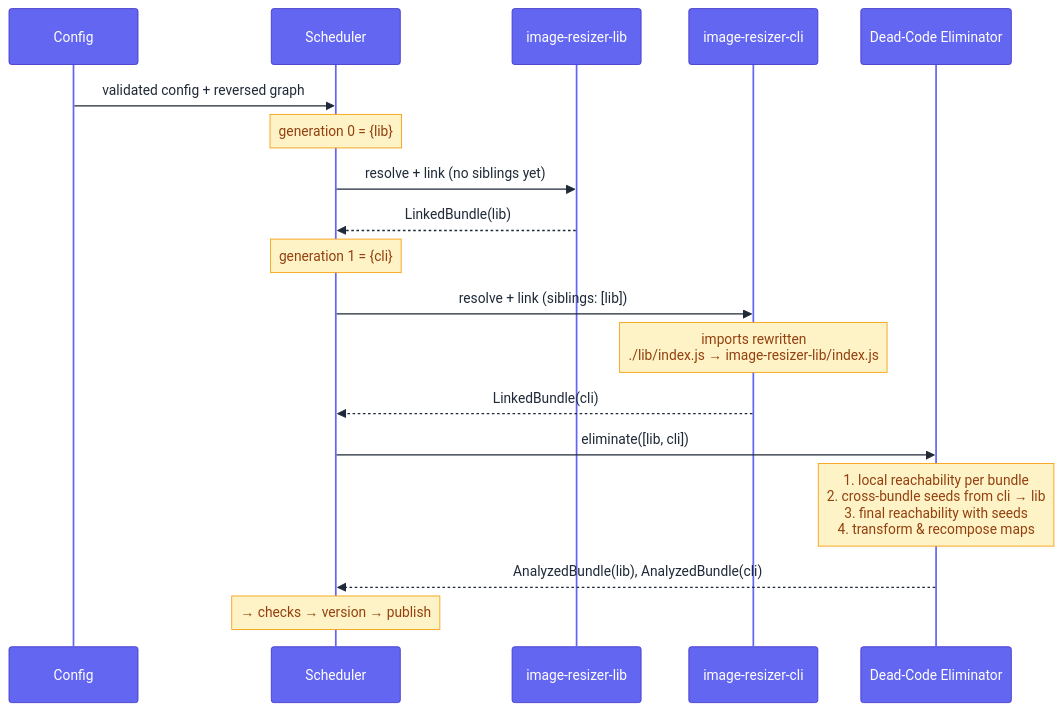
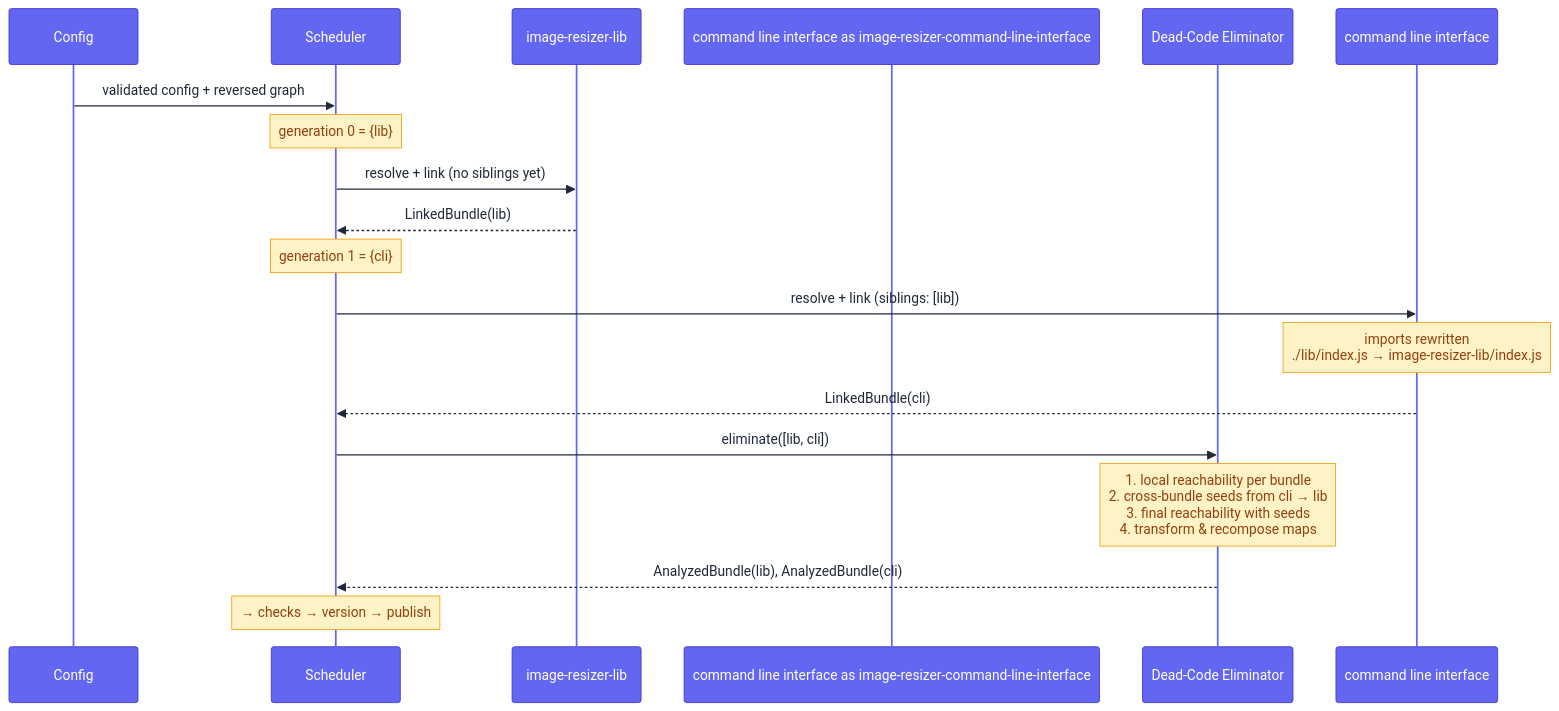
One commit to enormora/packtory changed the fourth of 4 diagrams in documentation/how-it-works.md. Above: the diagram before and after it, drawn with Mermaid. The commit also changed other lines of this file and 1236 other files, not shown here.

````diff
--- a/documentation/how-it-works.md
+++ b/documentation/how-it-works.md
@@ -501,40 +501,40 @@
 ```mermaid
 %%{init: {'theme': 'base', 'themeVariables': {
     'primaryColor': '#6366f1',
     'primaryTextColor': '#fff',
     'primaryBorderColor': '#4338ca',
     'lineColor': '#6366f1',
     'actorBkg': '#6366f1',
     'actorBorder': '#4338ca',
     'actorTextColor': '#fff',
     'actorLineColor': '#6366f1',
     'signalColor': '#1f2937',
     'signalTextColor': '#1f2937',
     'noteBkgColor': '#fef3c7',
     'noteTextColor': '#92400e',
     'noteBorderColor': '#f59e0b',
     'sequenceNumberColor': '#fff',
     'labelBoxBkgColor': '#ec4899',
     'labelBoxBorderColor': '#be185d',
     'labelTextColor': '#fff'
 }}}%%
 sequenceDiagram
     participant CFG as Config
     participant SCH as Scheduler
     participant LIB as image-resizer-lib
-    participant CLI as image-resizer-cli
+    participant command line interface as image-resizer-command-line-interface
     participant ELIM as Dead-Code Eliminator
 
     CFG->>SCH: validated config + reversed graph
     Note over SCH: generation 0 = {lib}
     SCH->>LIB: resolve + link (no siblings yet)
     LIB-->>SCH: LinkedBundle(lib)
     Note over SCH: generation 1 = {cli}
-    SCH->>CLI: resolve + link (siblings: [lib])
-    Note over CLI: imports rewritten<br/>./lib/index.js → image-resizer-lib/index.js
-    CLI-->>SCH: LinkedBundle(cli)
+    SCH->>command line interface: resolve + link (siblings: [lib])
+    Note over command line interface: imports rewritten<br/>./lib/index.js → image-resizer-lib/index.js
+    command line interface-->>SCH: LinkedBundle(cli)
     SCH->>ELIM: eliminate([lib, cli])
     Note over ELIM: 1. local reachability per bundle<br/>2. cross-bundle seeds from cli → lib<br/>3. final reachability with seeds<br/>4. transform & recompose maps
     ELIM-->>SCH: AnalyzedBundle(lib), AnalyzedBundle(cli)
     Note over SCH: → checks → version → publish
 ```
````
